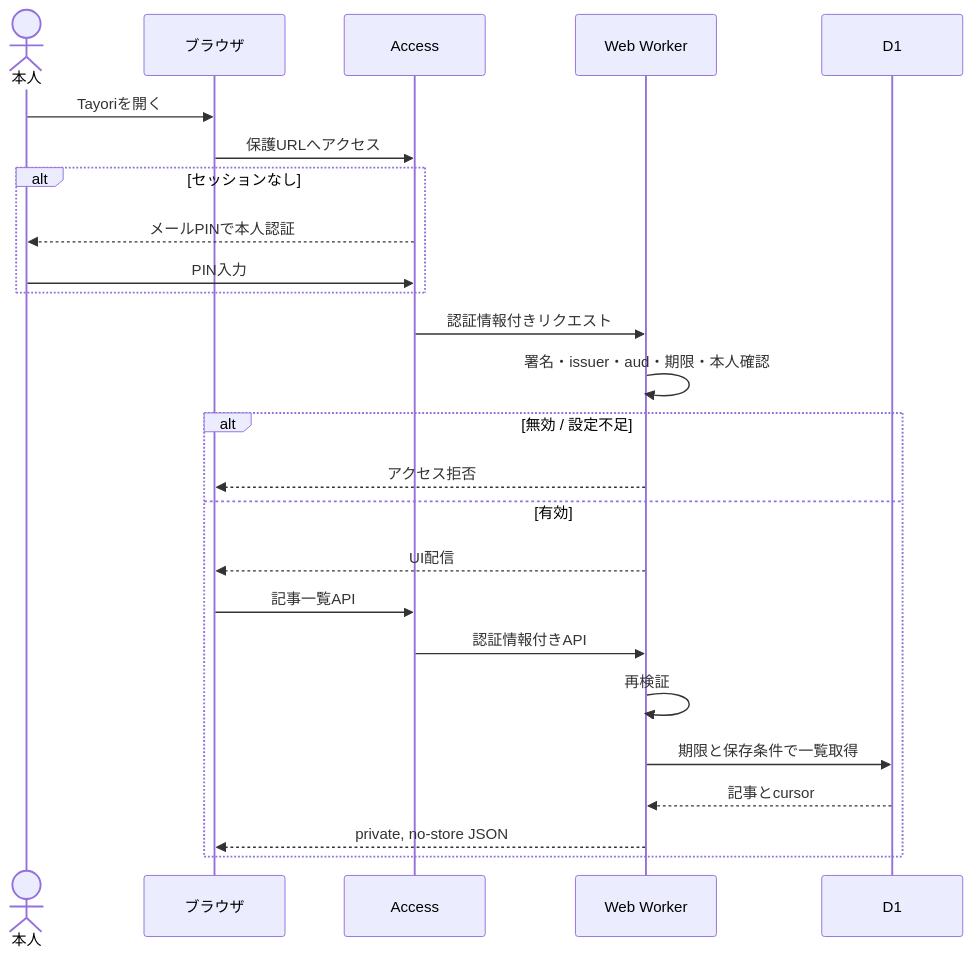
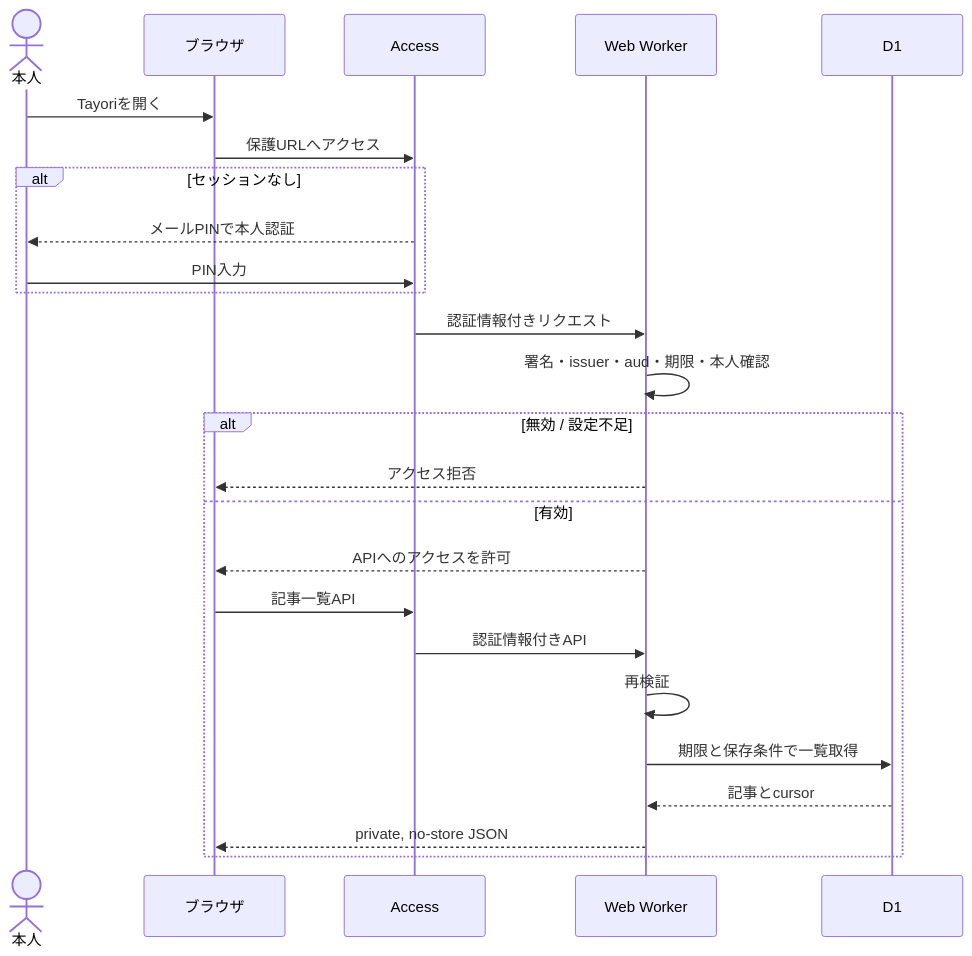
Before and after one commit to moz-sec/tayori: the first of 4 diagrams in docs/06-sequences.md, drawn with Mermaid. The commit also changed other lines of this file and 18 other files, not shown here.

````diff
--- a/docs/06-sequences.md
+++ b/docs/06-sequences.md
@@ -7,27 +7,27 @@
 ```mermaid
 sequenceDiagram
     actor U as 本人
     participant B as ブラウザ
     participant A as Access
     participant W as Web Worker
     participant D as D1
     U->>B: Tayoriを開く
     B->>A: 保護URLへアクセス
     alt セッションなし
         A-->>U: メールPINで本人認証
         U->>A: PIN入力
     end
     A->>W: 認証情報付きリクエスト
     W->>W: 署名・issuer・aud・期限・本人確認
     alt 無効 / 設定不足
         W-->>B: アクセス拒否
     else 有効
-        W-->>B: UI配信
+        W-->>B: APIへのアクセスを許可
         B->>A: 記事一覧API
         A->>W: 認証情報付きAPI
         W->>W: 再検証
         W->>D: 期限と保存条件で一覧取得
         D-->>W: 記事とcursor
         W-->>B: private, no-store JSON
     end
 ```
````
